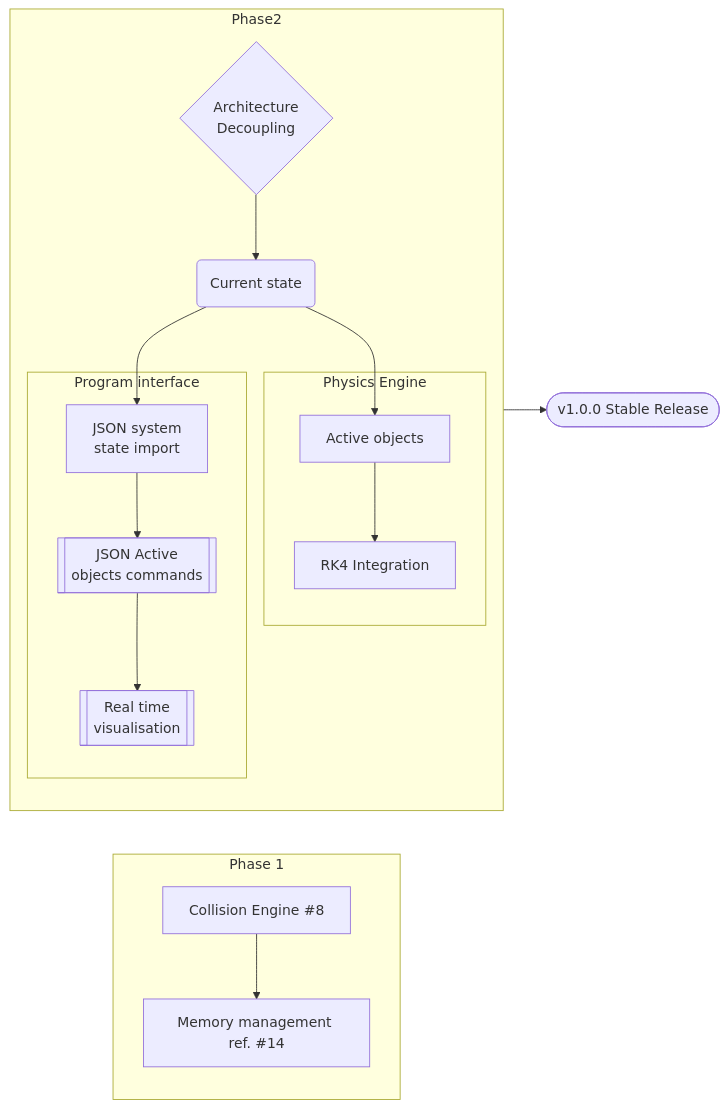
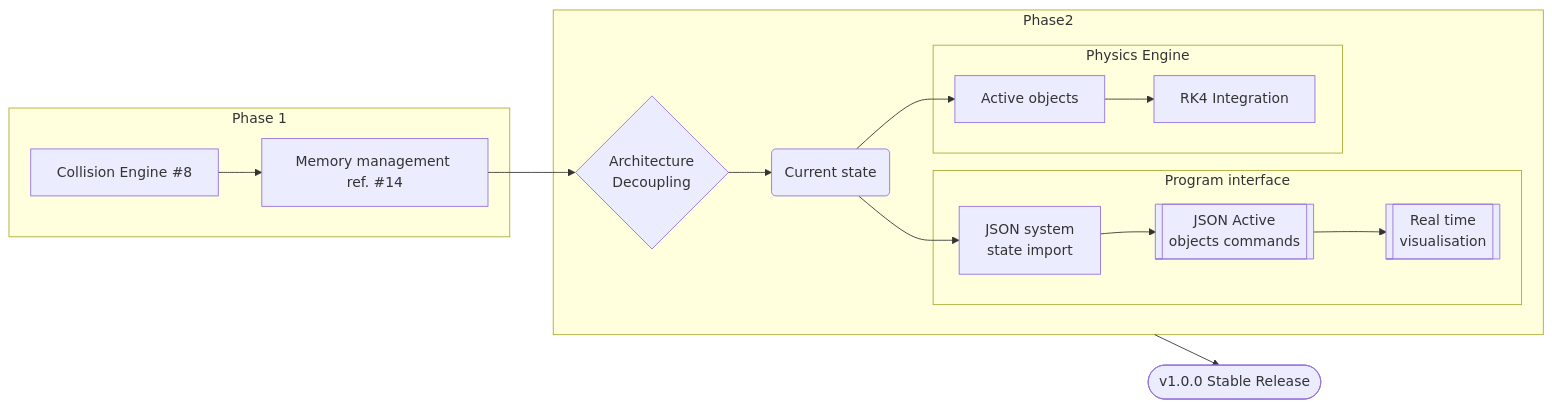
One commit to kotenko-o/simple-orbit-simulator changed the first of 3 diagrams in README.md. Above: the diagram before and after it, drawn with Mermaid.

Commit message:
Fix link in README for Architecture & Decoupling

````diff
--- a/README.md
+++ b/README.md
@@ -46,33 +46,33 @@
 ```mermaid
 flowchart LR
     Now(Current state)
 
     P11 --> P12
     subgraph Phase1[Phase 1]
         P11[Collision Engine #8]
         P12[Memory management ref. #14]
     end
 
-    Split{Architecture <br> Decoupling}
+    P12-->Split{Architecture <br> Decoupling}
 
     subgraph Phase2
         Split --> Now
         Engine
         Interface
     end
 
     Now --> E1 --> E2
     subgraph Engine[Physics Engine]
         E1[Active objects]
         E2[RK4 Integration]
     end
 
     Now --> PI1 --> PI2 --> PI3
     subgraph Interface[Program interface]
         PI1[JSON system <br> state import]
         PI2[[JSON Active <br> objects commands]]
         PI3[[Real time <br> visualisation]]
     end
 
 Phase2 --> V1([v1.0.0 Stable Release])
 ```
````
